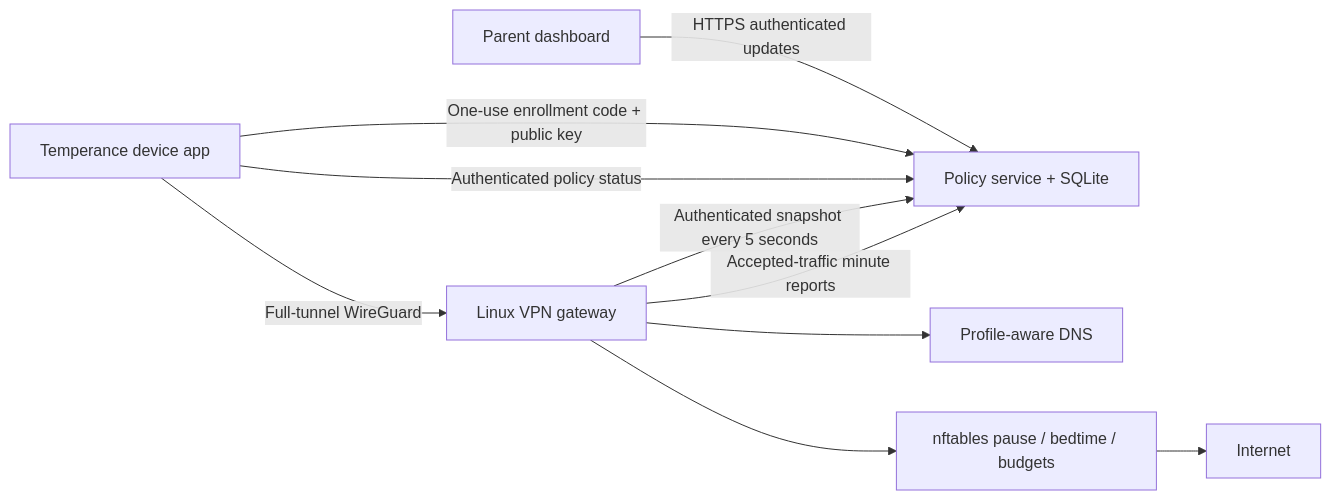
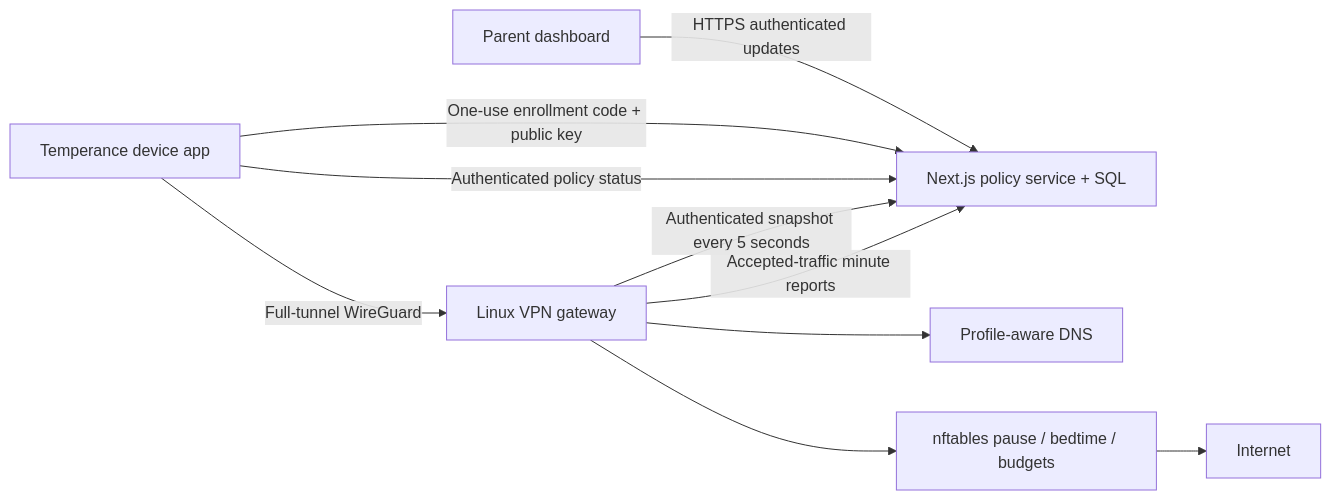
Before and after one commit to MisterTea/temperance: the diagram in docs/architecture.md, drawn with Mermaid. The commit also changed other lines of this file and 46 other files, not shown here.

Commit message:
Migrate policy service to Next.js and add researched Circle controls

````diff
--- a/docs/architecture.md
+++ b/docs/architecture.md
@@ -3,12 +3,12 @@
 ```mermaid
 flowchart LR
-  Parent[Parent dashboard] -->|HTTPS authenticated updates| Control[Policy service + SQLite]
+  Parent[Parent dashboard] -->|HTTPS authenticated updates| Control[Next.js policy service + SQL]
   App[Temperance device app] -->|One-use enrollment code + public key| Control
   App -->|Authenticated policy status| Control
   App -->|Full-tunnel WireGuard| Gateway[Linux VPN gateway]
   Gateway -->|Authenticated snapshot every 5 seconds| Control
   Gateway -->|Accepted-traffic minute reports| Control
   Gateway --> DNS[Profile-aware DNS]
   Gateway --> Firewall[nftables pause / bedtime / budgets]
   Firewall --> Internet
 ```
````
